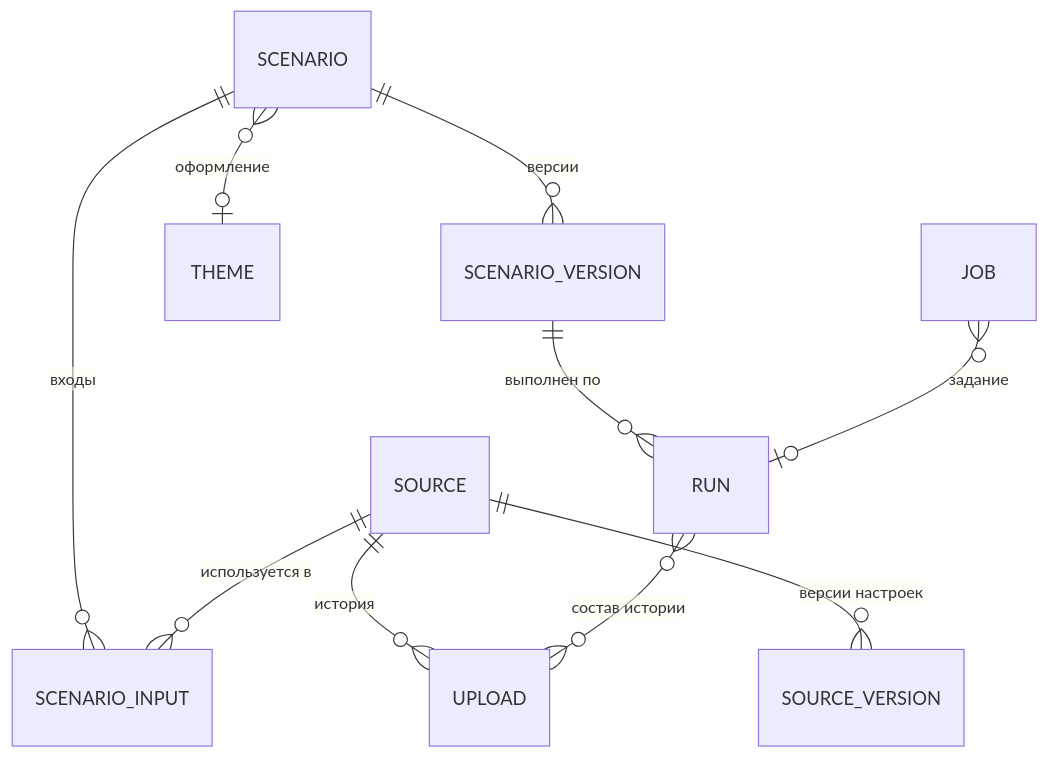
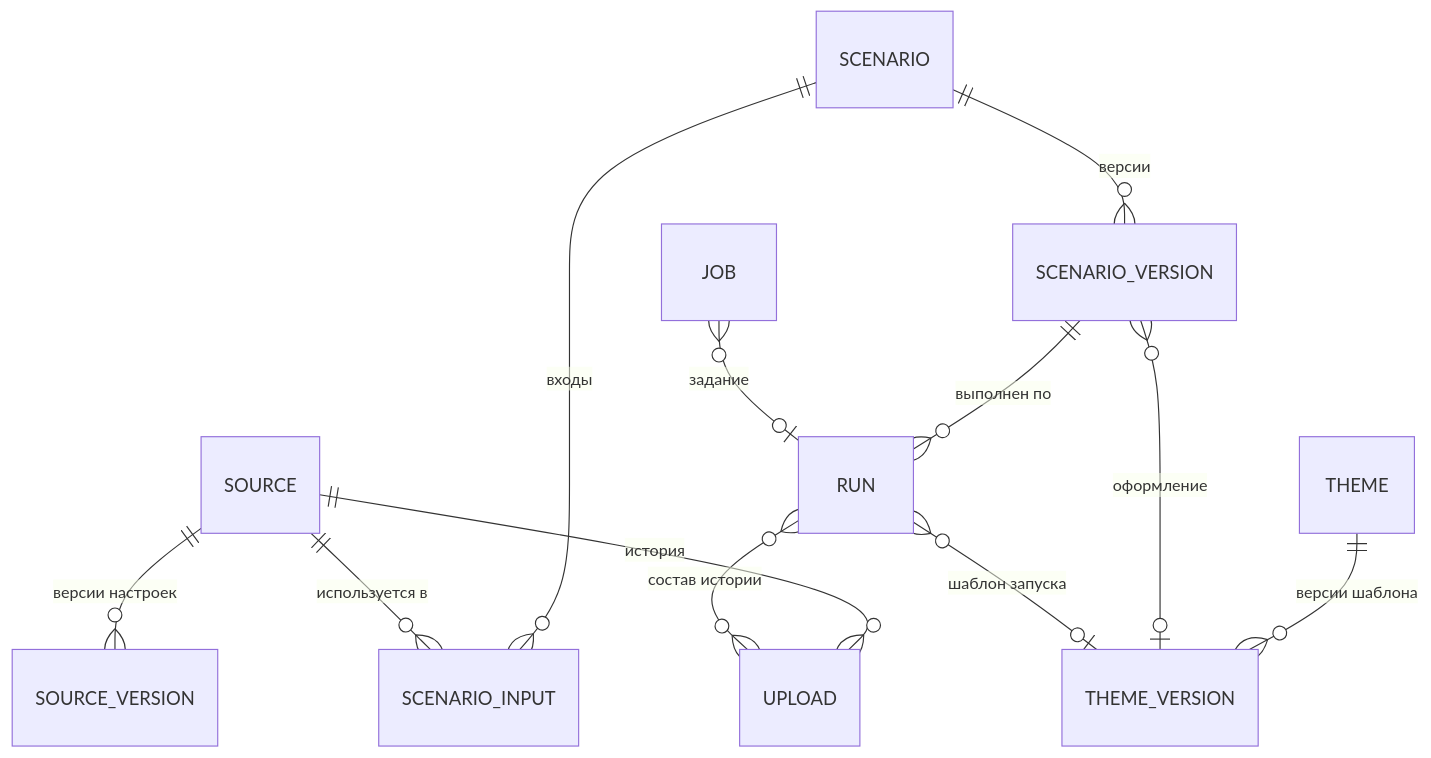
One commit to PrimalSt/Auto_clode changed the fourth of 4 diagrams in ARCHITECTURE.md. Above: the diagram before and after it, drawn with Mermaid. The commit also changed other lines of this file and 1 other file, not shown here.

````diff
--- a/ARCHITECTURE.md
+++ b/ARCHITECTURE.md
@@ -571,12 +650,14 @@
 ```mermaid
 erDiagram
   SOURCE ||--o{ SOURCE_VERSION : "версии настроек"
   SOURCE ||--o{ UPLOAD : "история"
   SCENARIO ||--o{ SCENARIO_INPUT : "входы"
   SOURCE ||--o{ SCENARIO_INPUT : "используется в"
   SCENARIO ||--o{ SCENARIO_VERSION : "версии"
-  SCENARIO }o--o| THEME : "оформление"
+  THEME ||--o{ THEME_VERSION : "версии шаблона"
+  SCENARIO_VERSION }o--o| THEME_VERSION : "оформление"
+  RUN }o--o| THEME_VERSION : "шаблон запуска"
   SCENARIO_VERSION ||--o{ RUN : "выполнен по"
   RUN }o--o{ UPLOAD : "состав истории"
   JOB }o--o| RUN : "задание"
 ```
````
